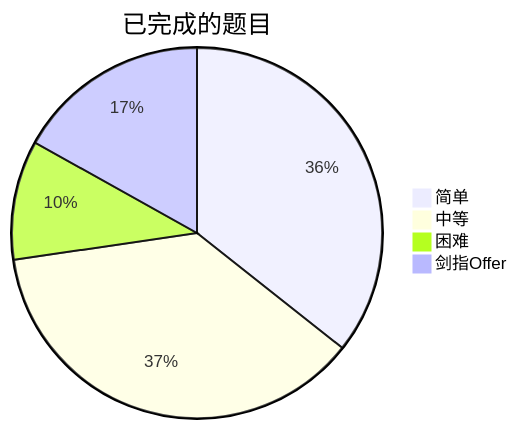
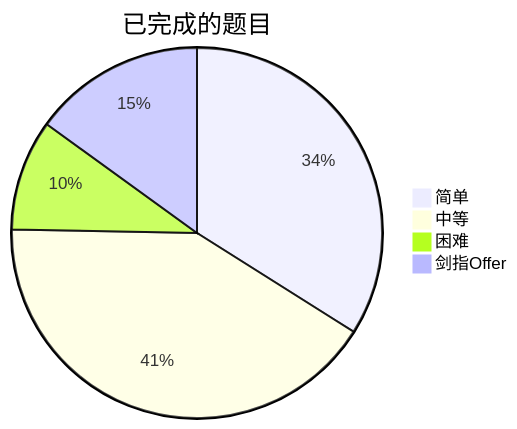
The diagram in README.md (kaisa911/LeetCode), drawn with Mermaid before and after one commit. The commit also changed other lines of this file and 55 other files, not shown here.

````diff
--- a/README.md
+++ b/README.md
@@ -9,7 +9,7 @@
 ```mermaid
 pie title 已完成的题目
-    "简单" : 154
-    "中等" : 160
-    "困难" : 45
+    "简单" : 165
+    "中等" : 201
+    "困难" : 47
     "剑指Offer" : 73
 ```
````
